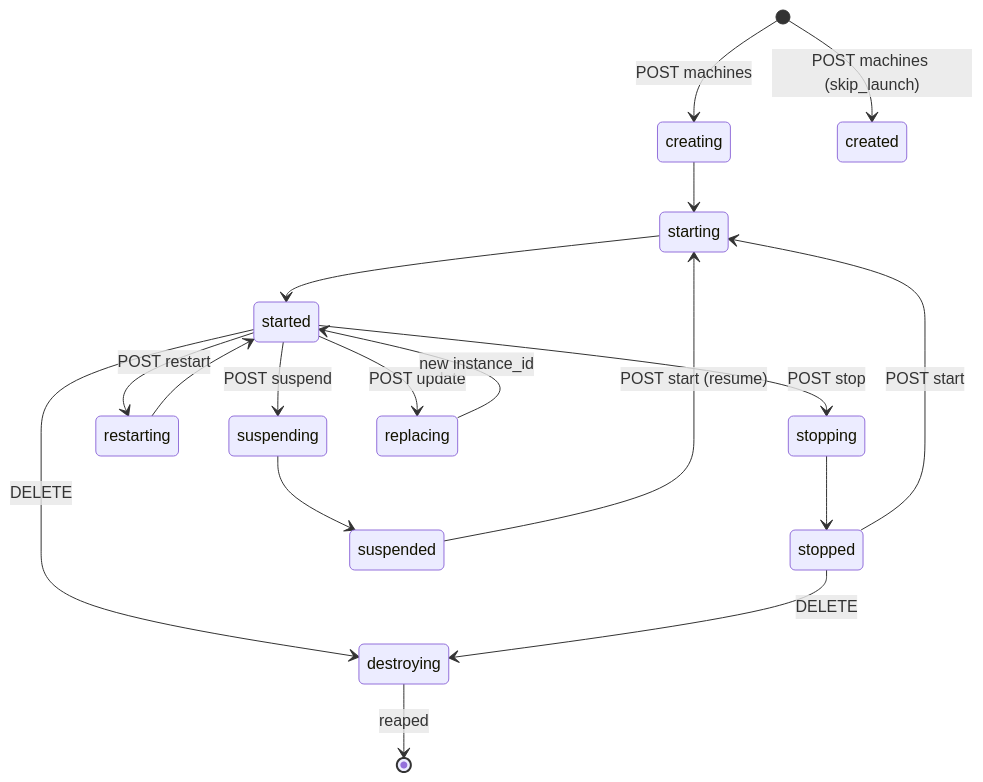
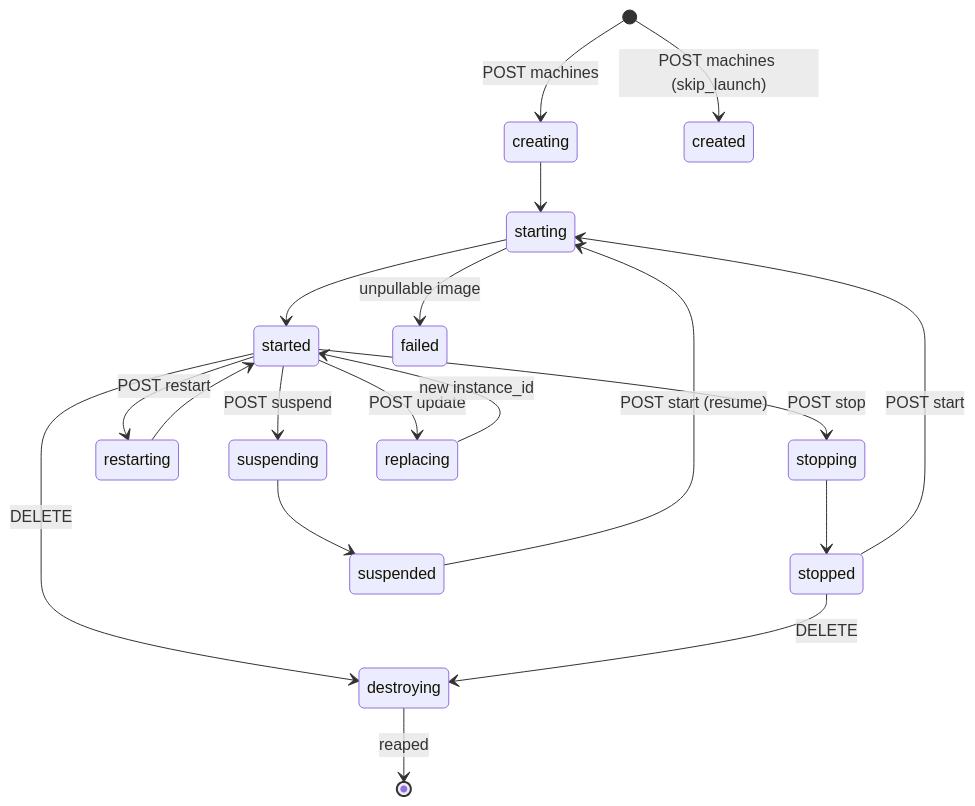
One commit to INTENTIUS/mudflaps changed the diagram in docs/fidelity.md. Above: the diagram before and after it, drawn with Mermaid. The commit also changed other lines of this file and 6 other files, not shown here.

````diff
--- a/docs/fidelity.md
+++ b/docs/fidelity.md
@@ -13,20 +13,21 @@
 ```mermaid
 stateDiagram-v2
     [*] --> creating: POST machines
     [*] --> created: POST machines (skip_launch)
     creating --> starting
     starting --> started
+    starting --> failed: unpullable image
     started --> stopping: POST stop
     stopping --> stopped
     stopped --> starting: POST start
     started --> restarting: POST restart
     restarting --> started
     started --> suspending: POST suspend
     suspending --> suspended
     suspended --> starting: POST start (resume)
     started --> replacing: POST update
     replacing --> started: new instance_id
     started --> destroying: DELETE
     stopped --> destroying: DELETE
     destroying --> [*]: reaped
 ```
````
